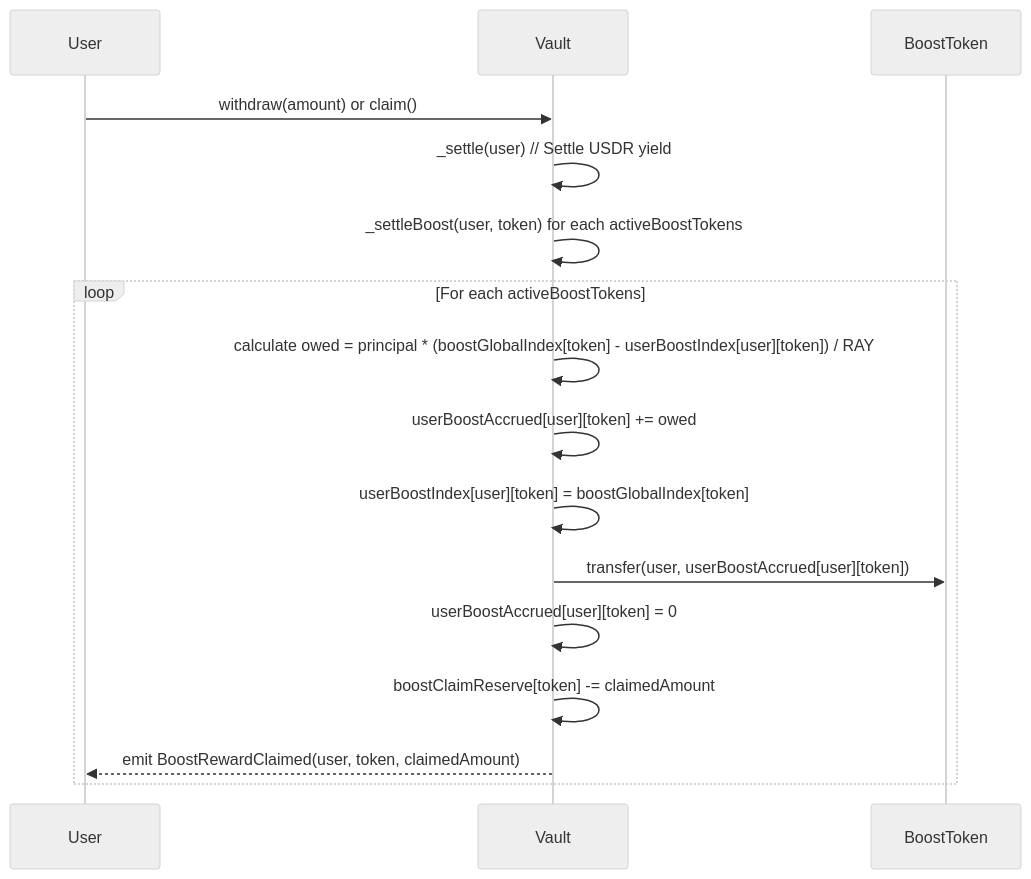
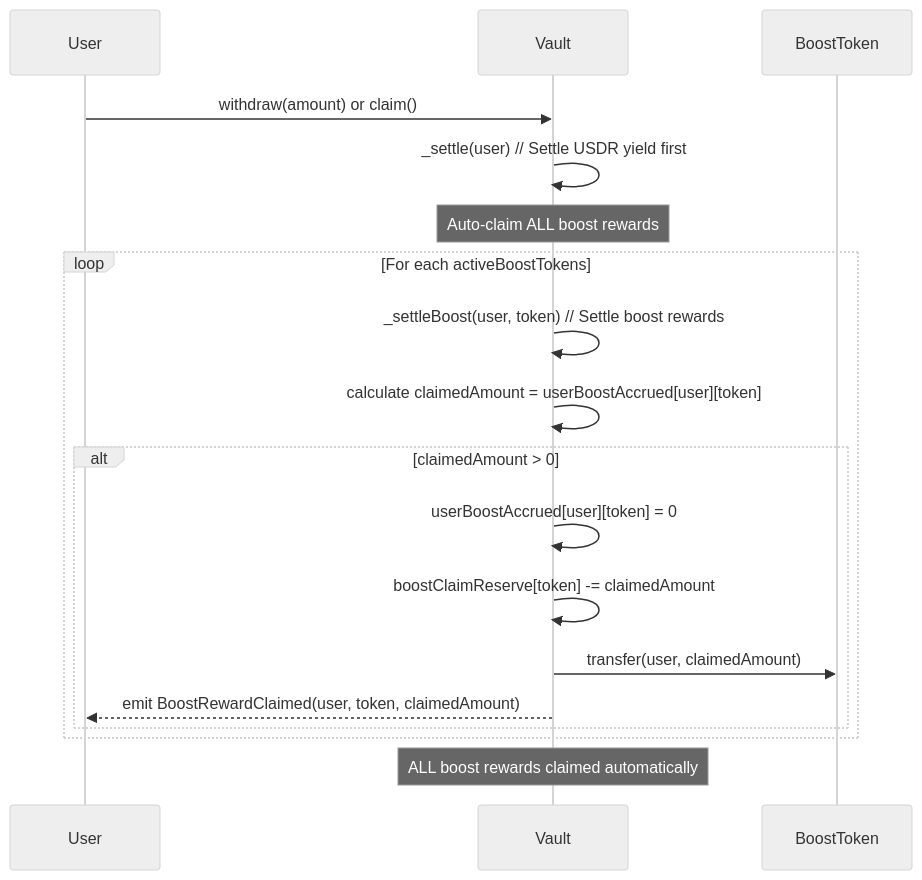
One commit to StartaleGroup/stablecoin-vault-contracts changed the fifth of 6 diagrams in src/vaults/earn/earn-vault.md. Above: the diagram before and after it, drawn with Mermaid (neutral theme). The commit also changed other lines of this file and 1 other file, not shown here.

````diff
--- a/src/vaults/earn/earn-vault.md
+++ b/src/vaults/earn/earn-vault.md
@@ -160,20 +172,23 @@
 ```mermaid
 sequenceDiagram
     participant User
     participant Vault
     participant BoostToken
     
     User->>Vault: withdraw(amount) or claim()
-    Vault->>Vault: _settle(user) // Settle USDR yield
-    Vault->>Vault: _settleBoost(user, token) for each activeBoostTokens
+    Vault->>Vault: _settle(user) // Settle USDR yield first
     
+    Note over Vault: Auto-claim ALL boost rewards
     loop For each activeBoostTokens
-        Vault->>Vault: calculate owed = principal * (boostGlobalIndex[token] - userBoostIndex[user][token]) / RAY
-        Vault->>Vault: userBoostAccrued[user][token] += owed
-        Vault->>Vault: userBoostIndex[user][token] = boostGlobalIndex[token]
-        Vault->>BoostToken: transfer(user, userBoostAccrued[user][token])
-        Vault->>Vault: userBoostAccrued[user][token] = 0
-        Vault->>Vault: boostClaimReserve[token] -= claimedAmount
-        Vault-->>User: emit BoostRewardClaimed(user, token, claimedAmount)
+        Vault->>Vault: _settleBoost(user, token) // Settle boost rewards
+        Vault->>Vault: calculate claimedAmount = userBoostAccrued[user][token]
+        alt claimedAmount > 0
+            Vault->>Vault: userBoostAccrued[user][token] = 0
+            Vault->>Vault: boostClaimReserve[token] -= claimedAmount
+            Vault->>BoostToken: transfer(user, claimedAmount)
+            Vault-->>User: emit BoostRewardClaimed(user, token, claimedAmount)
+        end
     end
+    
+    Note over Vault: ALL boost rewards claimed automatically
 ```
````
